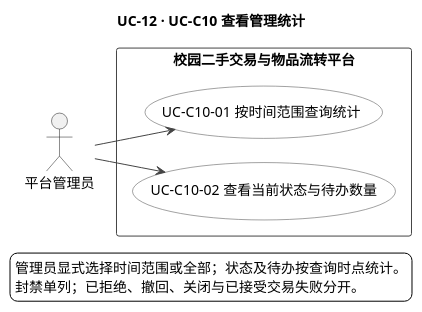
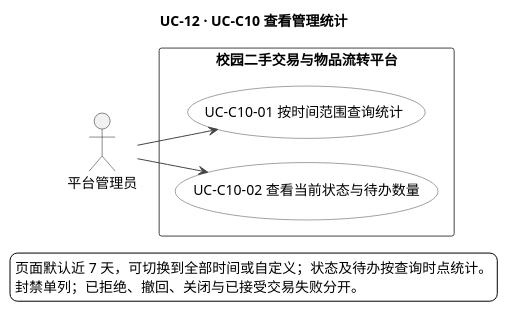
One commit to iy88/se-course-project-1 changed the diagram in docs/appendices/models/UC-12-查看管理统计用例图.puml. Above: the diagram before and after it, drawn with PlantUML. The commit also changed 110 other files, not shown here.

```diff
--- a/docs/appendices/models/UC-12-查看管理统计用例图.puml
+++ b/docs/appendices/models/UC-12-查看管理统计用例图.puml
@@ -1,57 +1,57 @@
 @startuml
 ' Version: 0.1.0
 ' Version-Datetime: 2026-10-26T12:37:57+08:00
 title UC-12 · UC-C10 查看管理统计
 
 skinparam backgroundColor #FFFFFF
 skinparam defaultFontName "PingFang SC"
 skinparam shadowing false
 skinparam nodesep 24
 skinparam ranksep 38
 skinparam usecase {
   BackgroundColor #FFFFFF
   BorderColor #444444
 }
 skinparam rectangle {
   BackgroundColor #FFFFFF
   BorderColor #444444
 }
 skinparam ArrowColor #444444
 skinparam noteBackgroundColor #FFFFFF
 left to right direction
 
 actor 平台管理员 as Admin
 
 rectangle "校园二手交易与物品流转平台" {
   usecase (UC-C10-01 按时间范围查询统计) as C1001
   usecase (UC-C10-02 查看当前状态与待办数量) as C1002
 }
 
 Admin --> C1001
 Admin --> C1002
 
 ' note bottom of C1001
-'   时间范围必须由管理员显式选择范围或“全部”，
-'   无默认值；按交易结果确认时间统计，与查询
+'   页面默认近 7 天，可切换全部或自定义；按
+'   交易结果确认时间统计，与查询
 '   时点状态指标分别标明（BR-31）。
 ' end note
 
 ' note bottom of C1002
 '   按查询时点读取用户总数及封禁数、各状态商品
 '   数、审核与举报待办数及完成、终止、争议交易数；
 '   封禁账户数单列，不统计真实付款或收入。
 ' end note
 
 ' note right of C1001
 '   无匹配记录时返回空结果或零计数，不推断
 '   缺失原因；统计为业务记录派生数量，原业务
 '   记录与状态不变。
 ' end note
 
 ' 两种统计口径并列，互不包含；显式范围选择是
 ' 规则或前置，不拆成 include。
 legend bottom
-管理员显式选择时间范围或全部；状态及待办按查询时点统计。
+页面默认近 7 天，可切换到全部时间或自定义；状态及待办按查询时点统计。
 封禁单列；已拒绝、撤回、关闭与已接受交易失败分开。
 endlegend
 @enduml
```
